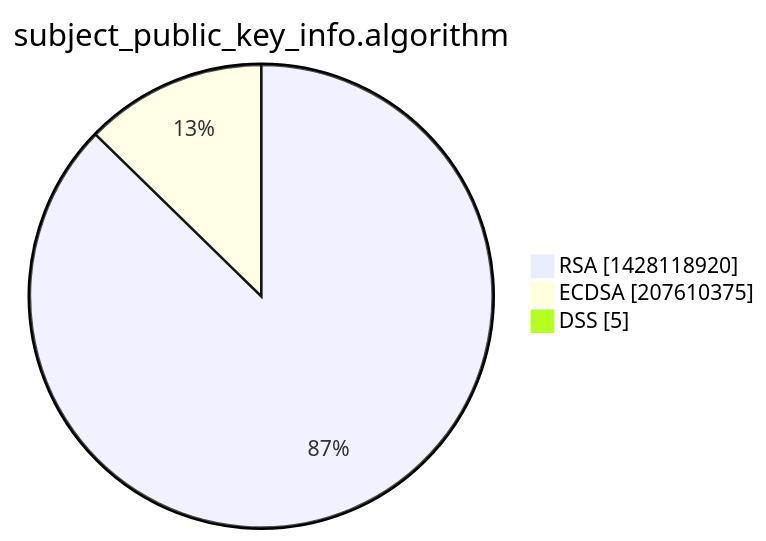
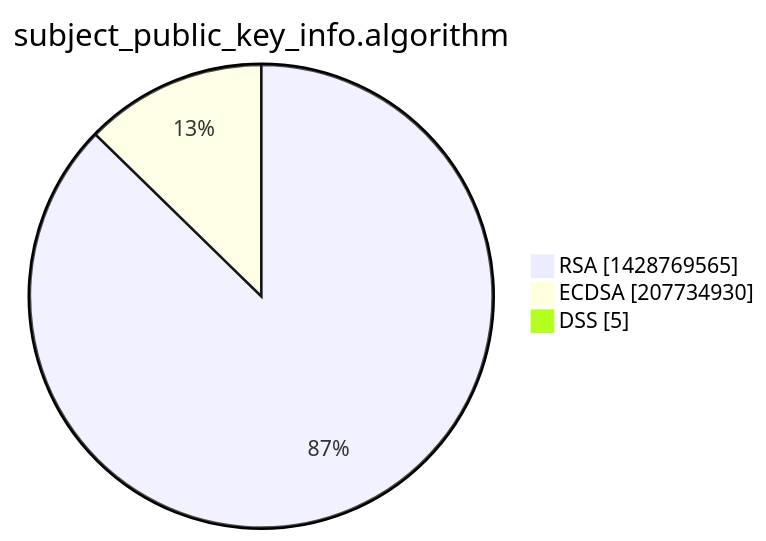
The third of 15 diagrams in xenon2022/README.md (christiankrug/ctmonitor_visualization), drawn with Mermaid before and after one commit. The commit also changed other lines of this file, not shown here.

````diff
--- a/xenon2022/README.md
+++ b/xenon2022/README.md
@@ -14,7 +14,7 @@
 ```mermaid
 pie showData
 title subject_public_key_info.algorithm
-"RSA" :1428118920
-"ECDSA" :207610375
+"RSA" :1428769565
+"ECDSA" :207734930
 "DSS" :5
 ```
````
